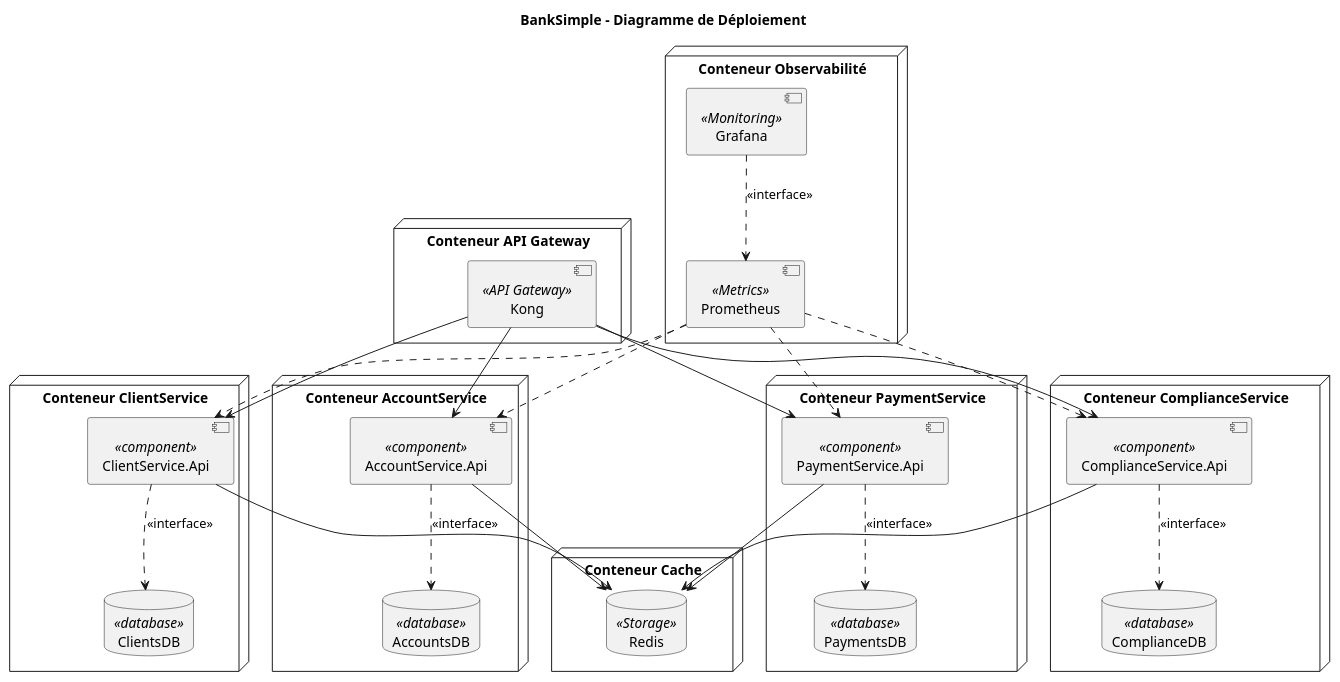
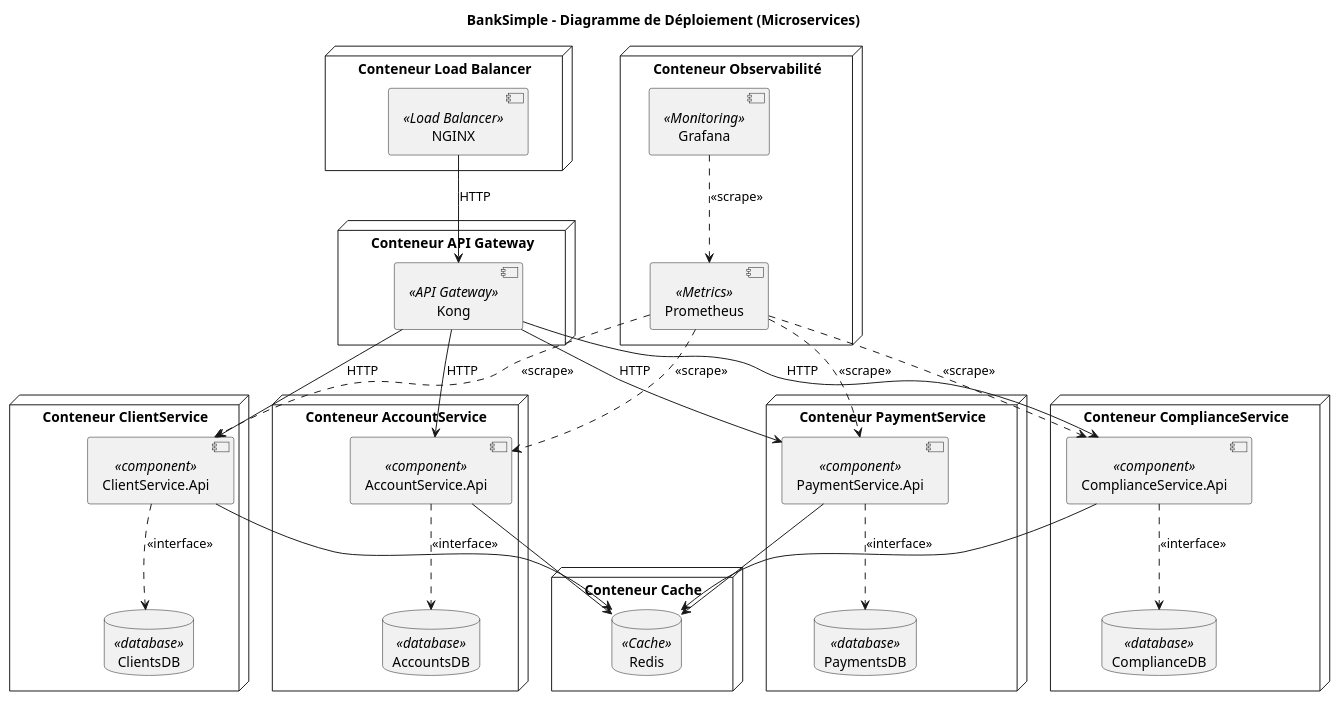
Before and after one commit to Toksunus/banksimple: the diagram in PlantUML/deployment.puml, drawn with PlantUML. The commit also changed 34 other files, not shown here.

Commit message:
plantUML diagram changes

```diff
--- a/PlantUML/deployment.puml
+++ b/PlantUML/deployment.puml
@@ -1,57 +1,62 @@
-@startuml
-title BankSimple - Diagramme de Déploiement
+@startuml deployment
+title BankSimple - Diagramme de Déploiement (Microservices)
+
+node "Conteneur Load Balancer" {
+  component "NGINX" <<Load Balancer>> as LB
+}
 
 node "Conteneur API Gateway" {
   component "Kong" <<API Gateway>> as Gateway
 }
 
 node "Conteneur Observabilité" {
   component "Grafana" <<Monitoring>> as Grafana
   component "Prometheus" <<Metrics>> as Prometheus
-  Grafana ..> Prometheus : <<interface>>
+  Grafana ..> Prometheus : <<scrape>>
 }
 
 node "Conteneur ClientService" {
   component "ClientService.Api" <<component>> as Client_API
   database "ClientsDB" <<database>> as Client_DB
   Client_API ..> Client_DB : <<interface>>
 }
 
 node "Conteneur AccountService" {
   component "AccountService.Api" <<component>> as Account_API
   database "AccountsDB" <<database>> as Account_DB
   Account_API ..> Account_DB : <<interface>>
 }
 
 node "Conteneur PaymentService" {
   component "PaymentService.Api" <<component>> as Payment_API
   database "PaymentsDB" <<database>> as Payment_DB
   Payment_API ..> Payment_DB : <<interface>>
 }
 
 node "Conteneur ComplianceService" {
   component "ComplianceService.Api" <<component>> as Compliance_API
   database "ComplianceDB" <<database>> as Compliance_DB
   Compliance_API ..> Compliance_DB : <<interface>>
 }
 
 node "Conteneur Cache" {
-  database "Redis" <<Storage>> as Cache
+  database "Redis" <<Cache>> as Cache
 }
 
-Gateway --> Client_API
-Gateway --> Account_API
-Gateway --> Payment_API
-Gateway --> Compliance_API
+LB --> Gateway : HTTP
+Gateway --> Client_API : HTTP
+Gateway --> Account_API : HTTP
+Gateway --> Payment_API : HTTP
+Gateway --> Compliance_API : HTTP
 
-Prometheus ..> Client_API
-Prometheus ..> Account_API
-Prometheus ..> Payment_API
-Prometheus ..> Compliance_API
+Prometheus ..> Client_API : <<scrape>>
+Prometheus ..> Account_API : <<scrape>>
+Prometheus ..> Payment_API : <<scrape>>
+Prometheus ..> Compliance_API : <<scrape>>
 
 Client_API --> Cache
 Account_API --> Cache
 Payment_API --> Cache
 Compliance_API --> Cache
 
 @enduml
```
